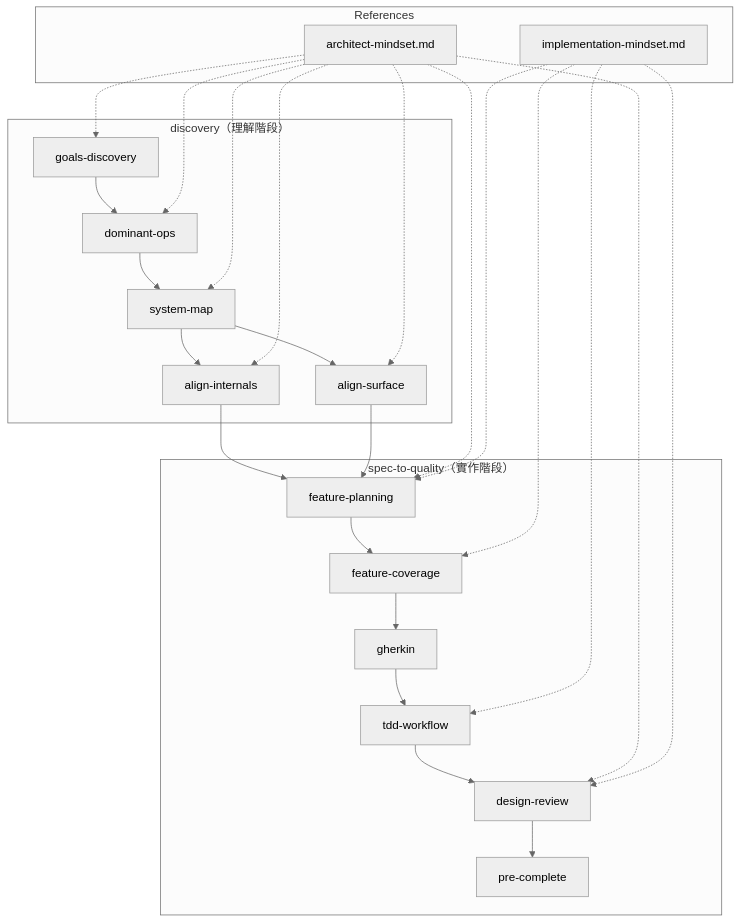
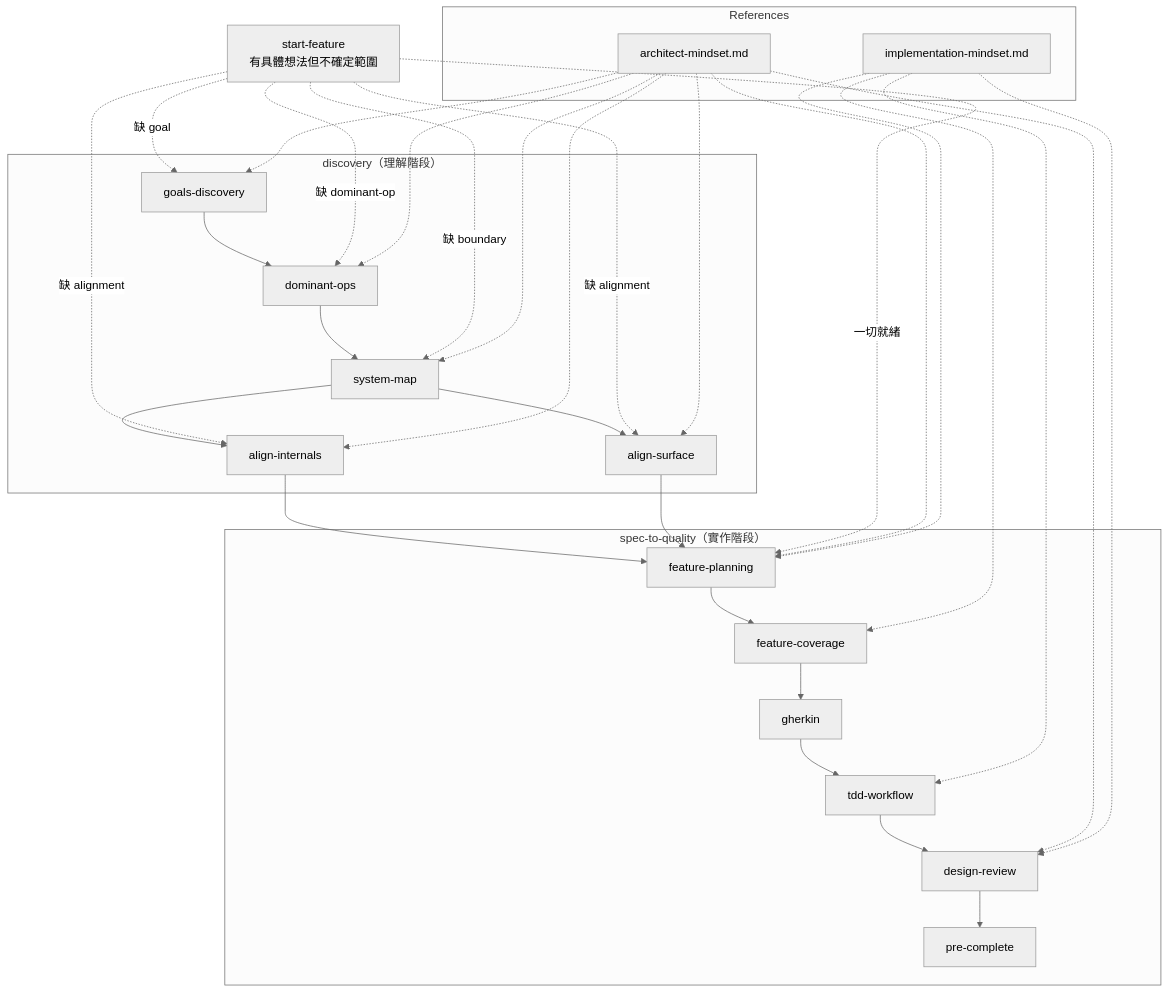
One commit to class83108/spec-to-quality changed the diagram in README.md. Above: the diagram before and after it, drawn with Mermaid (neutral theme). The commit also changed other lines of this file and 7 other files, not shown here.

First line of the commit message:
feat: 新增 start-feature skill 並完善 alignment 生命週期

````diff
--- a/README.md
+++ b/README.md
@@ -55,27 +55,34 @@
 ```mermaid
 flowchart TD
     subgraph refs[References]
         AM[architect-mindset.md]
         IM[implementation-mindset.md]
     end
 
     subgraph "discovery（理解階段）"
         G[goals-discovery] --> D[dominant-ops]
         D --> S[system-map]
         S --> AI[align-internals]
         S --> AS[align-surface]
     end
 
     AI & AS --> FP[feature-planning]
 
     subgraph "spec-to-quality（實作階段）"
         FP --> FC[feature-coverage]
         FC --> GK[gherkin]
         GK --> TDD[tdd-workflow]
         TDD --> DR[design-review]
         DR --> PC[pre-complete]
     end
 
+    SF[start-feature<br/>有具體想法但不確定範圍] -.->|缺 goal| G
+    SF -.->|缺 dominant-op| D
+    SF -.->|缺 boundary| S
+    SF -.->|缺 alignment| AI
+    SF -.->|缺 alignment| AS
+    SF -.->|一切就緒| FP
+
     AM -.-> G & D & S & AI & AS & FP & DR
     IM -.-> FP & FC & TDD & DR
 ```
````
